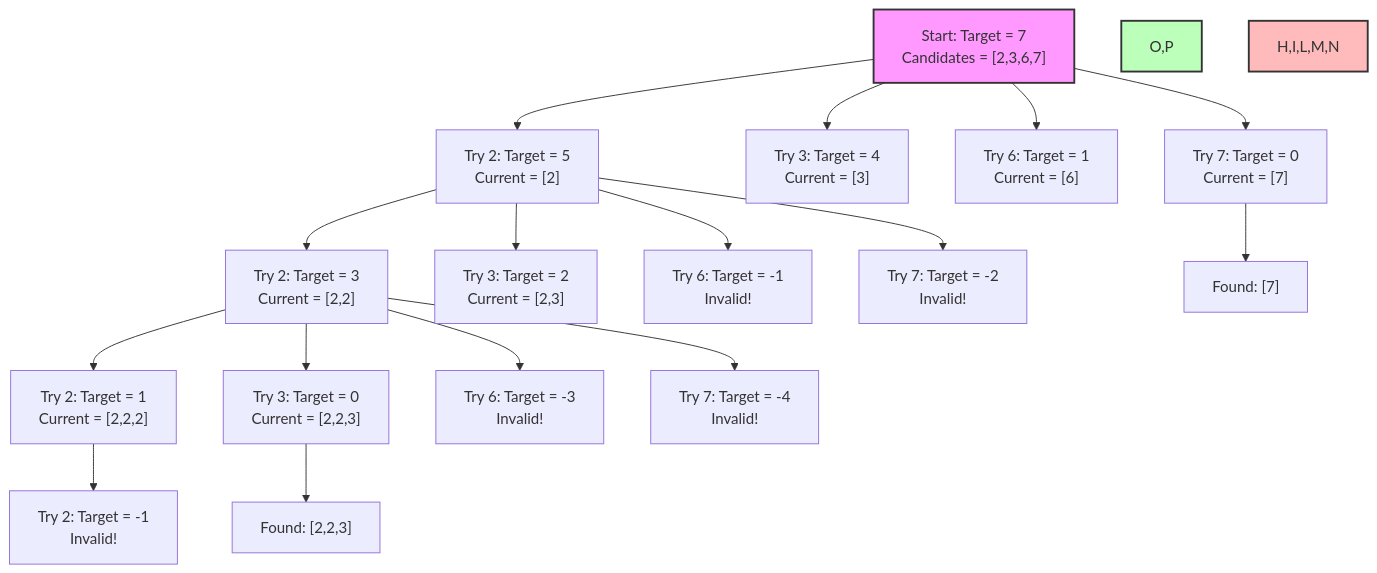
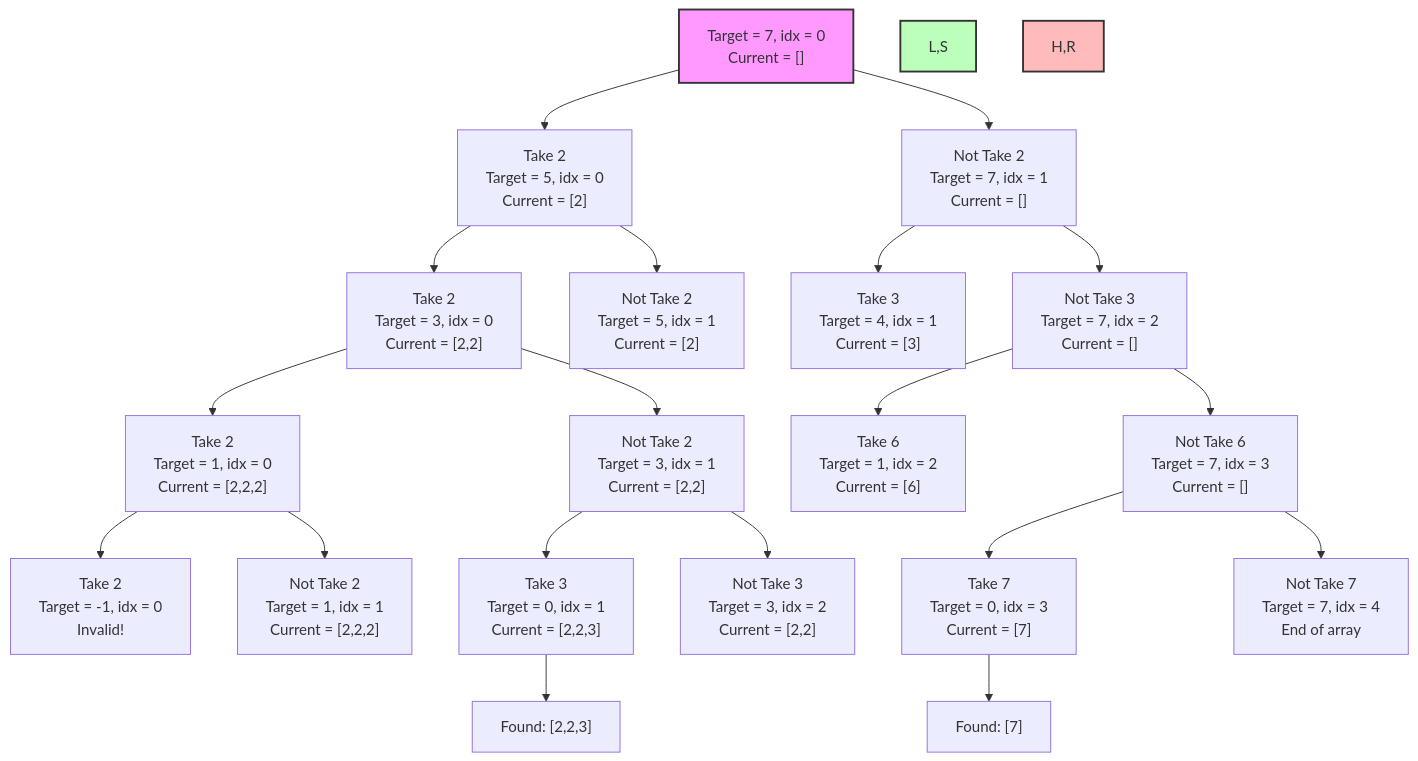
The diagram in Recursion/Combination Sum I.md (shiva-srivastav/general-interview-asked-questions), drawn with Mermaid before and after one commit. The commit also changed other lines of this file, not shown here.

````diff
--- a/Recursion/Combination Sum I.md
+++ b/Recursion/Combination Sum I.md
@@ -36,41 +38,67 @@
 ```mermaid
 graph TD
-    A["Start: Target = 7
-    Candidates = [2,3,6,7]"] --> B["Try 2: Target = 5
+    A["Target = 7, idx = 0
+    Current = []"] --> B["Take 2
+    Target = 5, idx = 0
     Current = [2]"]
-    A --> C["Try 3: Target = 4
+    A --> C["Not Take 2
+    Target = 7, idx = 1
+    Current = []"]
+    
+    B --> D["Take 2
+    Target = 3, idx = 0
+    Current = [2,2]"]
+    B --> E["Not Take 2
+    Target = 5, idx = 1
+    Current = [2]"]
+    
+    D --> F["Take 2
+    Target = 1, idx = 0
+    Current = [2,2,2]"]
+    D --> G["Not Take 2
+    Target = 3, idx = 1
+    Current = [2,2]"]
+    
+    F --> H["Take 2
+    Target = -1, idx = 0
+    Invalid!"]
+    F --> I["Not Take 2
+    Target = 1, idx = 1
+    Current = [2,2,2]"]
+    
+    G --> J["Take 3
+    Target = 0, idx = 1
+    Current = [2,2,3]"]
+    G --> K["Not Take 3
+    Target = 3, idx = 2
+    Current = [2,2]"]
+    
+    J --> L["Found: [2,2,3]"]
+    
+    C --> M["Take 3
+    Target = 4, idx = 1
     Current = [3]"]
-    A --> D["Try 6: Target = 1
+    C --> N["Not Take 3
+    Target = 7, idx = 2
+    Current = []"]
+    
+    N --> O["Take 6
+    Target = 1, idx = 2
     Current = [6]"]
-    A --> E["Try 7: Target = 0
+    N --> P["Not Take 6
+    Target = 7, idx = 3
+    Current = []"]
+    
+    P --> Q["Take 7
+    Target = 0, idx = 3
     Current = [7]"]
+    P --> R["Not Take 7
+    Target = 7, idx = 4
+    End of array"]
     
-    B --> F["Try 2: Target = 3
-    Current = [2,2]"]
-    B --> G["Try 3: Target = 2
-    Current = [2,3]"]
-    B --> H["Try 6: Target = -1
-    Invalid!"]
-    B --> I["Try 7: Target = -2
-    Invalid!"]
-    
-    F --> J["Try 2: Target = 1
-    Current = [2,2,2]"]
-    F --> K["Try 3: Target = 0
-    Current = [2,2,3]"]
-    F --> L["Try 6: Target = -3
-    Invalid!"]
-    F --> M["Try 7: Target = -4
-    Invalid!"]
-    
-    J --> N["Try 2: Target = -1
-    Invalid!"]
-    
-    K --> O["Found: [2,2,3]"]
-    
-    E --> P["Found: [7]"]
+    Q --> S["Found: [7]"]
     
     style A fill:#f9f,stroke:#333,stroke-width:2px
-    style O,P fill:#bfb,stroke:#333,stroke-width:2px
-    style H,I,L,M,N fill:#fbb,stroke:#333,stroke-width:2px
+    style L,S fill:#bfb,stroke:#333,stroke-width:2px
+    style H,R fill:#fbb,stroke:#333,stroke-width:2px
 ```
````
